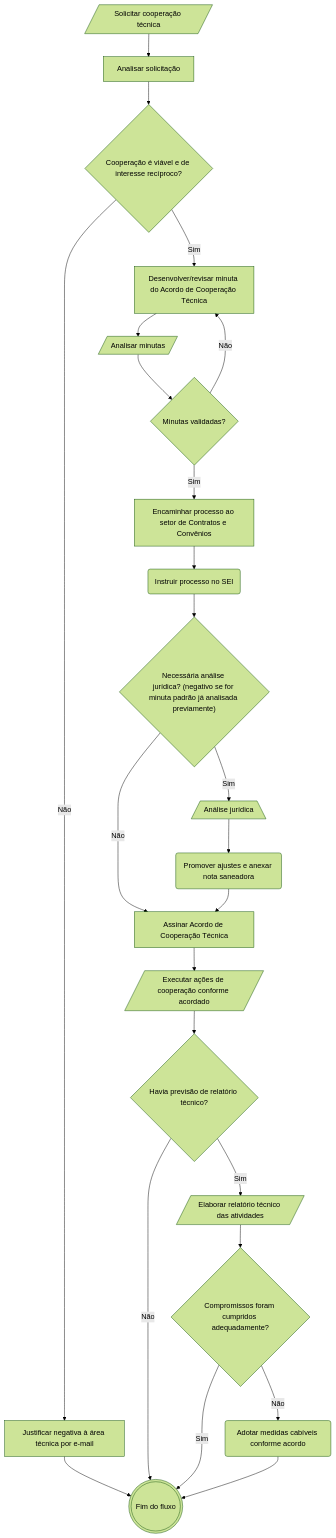
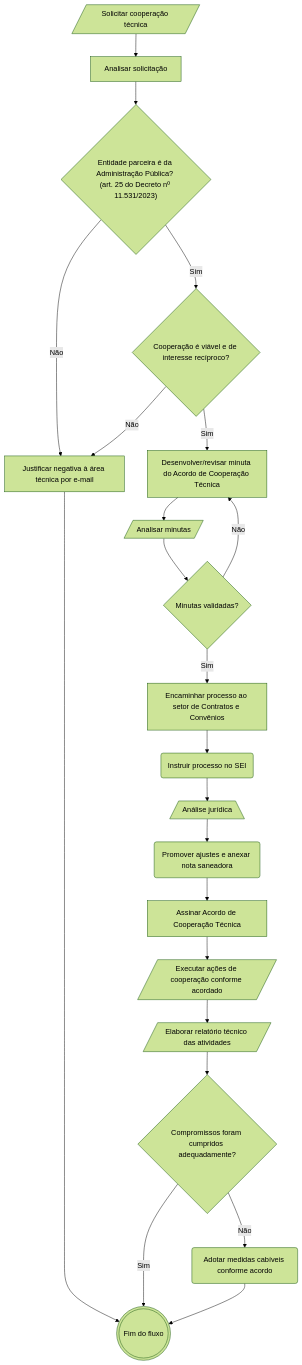
Before and after one commit to iepha-mg/manual.appi: the second of 2 diagrams in paginas/marcos_regulatorios/ACT/README.md, drawn with Mermaid (forest theme). The commit also changed other lines of this file, not shown here.

```diff
--- a/paginas/marcos_regulatorios/ACT/README.md
+++ b/paginas/marcos_regulatorios/ACT/README.md
@@ -88,26 +89,24 @@
 <div class="mermaid">
 flowchart TD
     A@{ shape: lean-r, label: "Solicitar cooperação técnica" } --> B@{ shape: rect, label: "Analisar solicitação"}
-    B --> C@{ shape: diamond, label: "Cooperação é viável e de interesse recíproco?"}
+    B --> C@{ shape: diamond, label: "Entidade parceira é da Administração Pública? (art. 25 do Decreto nº 11.531/2023)"}
     C -- Não --> D@{ shape: rect, label: "Justificar negativa à área técnica por e-mail"}
     D --> FIM@{ shape: dbl-circ, label: "Fim do fluxo"}
-    C -- Sim --> E@{ shape: rect, label: "Desenvolver/revisar minuta do Acordo de Cooperação Técnica"}
-    E --> F@{ shape: lean-r, label: "Analisar minutas"}
-    F --> G@{ shape: diamond, label: "Minutas validadas?"}
-    G -- Não --> E
-    G -- Sim --> H@{ shape: rect, label: "Encaminhar processo ao setor de Contratos e Convênios"}
-    H --> I@{ shape: rounded, label: "Instruir processo no SEI"}
-    I --> J@{ shape: diamond, label: "Necessária análise jurídica? (negativo se for minuta padrão já analisada previamente)"}
-    J -- Não --> L@{ shape: rect, label: "Assinar Acordo de Cooperação Técnica"}
-    J -- Sim --> K@{ shape: trap-b, label: "Análise jurídica"}
-    K --> M@{ shape: rounded, label: "Promover ajustes e anexar nota saneadora"}
-    M --> L
-    L --> N@{ shape: lean-r, label: "Executar ações de cooperação conforme acordado"}
-    N --> O@{ shape: diamond, label: "Havia previsão de relatório técnico?"}
-    O -- Sim --> P@{ shape: lean-r, label: "Elaborar relatório técnico das atividades"}
-    O -- Não --> FIM
-    P --> Q@{ shape: diamond, label: "Compromissos foram cumpridos adequadamente?"}
-    Q -- Sim --> FIM
-    Q -- Não --> R@{ shape: rounded, label: "Adotar medidas cabíveis conforme acordo"}
-    R --> FIM
+    C -- Sim --> E@{ shape: diamond, label: "Cooperação é viável e de interesse recíproco?"}
+    E -- Não --> D
+    E -- Sim --> F@{ shape: rect, label: "Desenvolver/revisar minuta do Acordo de Cooperação Técnica"}
+    F --> G@{ shape: lean-r, label: "Analisar minutas"}
+    G --> H@{ shape: diamond, label: "Minutas validadas?"}
+    H -- Não --> F
+    H -- Sim --> I@{ shape: rect, label: "Encaminhar processo ao setor de Contratos e Convênios"}
+    I --> J@{ shape: rounded, label: "Instruir processo no SEI"}
+    J --> K@{ shape: trap-b, label: "Análise jurídica"}
+    K --> L@{ shape: rounded, label: "Promover ajustes e anexar nota saneadora"}
+    L --> M@{ shape: rect, label: "Assinar Acordo de Cooperação Técnica"}
+    M --> N@{ shape: lean-r, label: "Executar ações de cooperação conforme acordado"}
+    N --> O@{ shape: lean-r, label: "Elaborar relatório técnico das atividades"}
+    O --> P@{ shape: diamond, label: "Compromissos foram cumpridos adequadamente?"}
+    P -- Sim --> FIM
+    P -- Não --> Q@{ shape: rounded, label: "Adotar medidas cabíveis conforme acordo"}
+    Q --> FIM
 </div>
```
